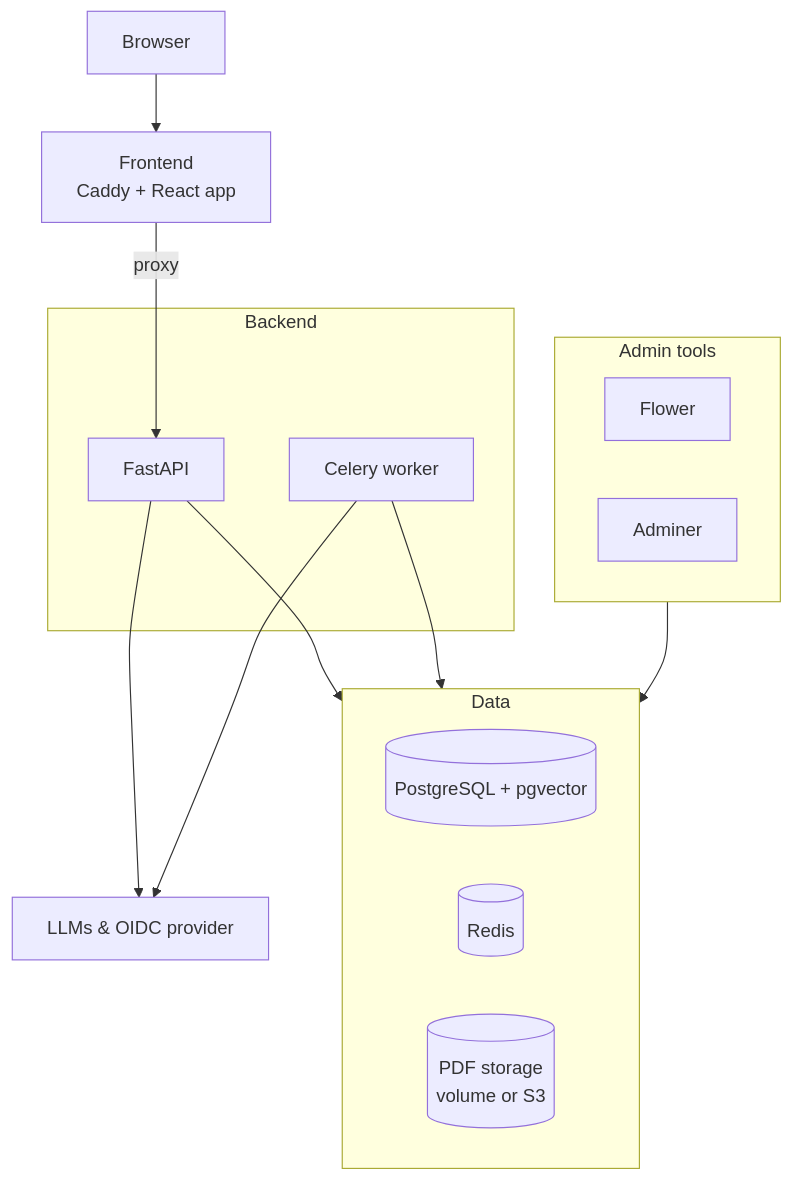
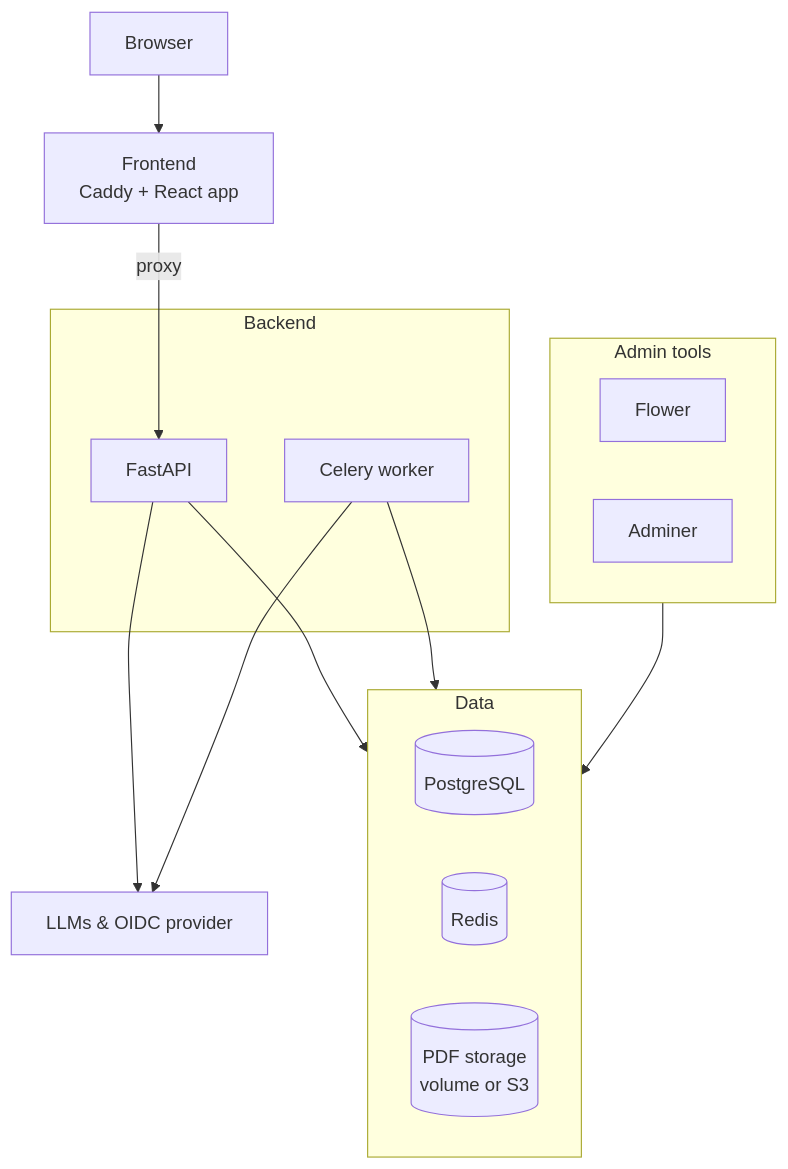
Before and after one commit to EvoTestOps/AISysRev: the diagram in docs/architecture.md, drawn with Mermaid. The commit also changed other lines of this file and 9 other files, not shown here.

````diff
--- a/docs/architecture.md
+++ b/docs/architecture.md
@@ -5,32 +5,32 @@
 ```mermaid
 graph TD
 
     Browser["Browser"]
     Frontend["Frontend<br/>Caddy + React app"]
 
     subgraph Backend ["Backend"]
         FastAPI["FastAPI"]
         Celery["Celery worker"]
     end
 
     subgraph Data ["Data"]
-        Postgres[("PostgreSQL + pgvector")]
+        Postgres[("PostgreSQL")]
         Redis[("Redis")]
         Storage[("PDF storage<br/>volume or S3")]
     end
 
     subgraph Tools ["Admin tools"]
         Flower["Flower"]
         Adminer["Adminer"]
     end
 
     External["LLMs & OIDC provider"]
 
     Browser --> Frontend
     Frontend -- "proxy" --> FastAPI
     FastAPI --> Data
     Celery --> Data
     FastAPI --> External
     Celery --> External
     Tools --> Data
 ```
````
